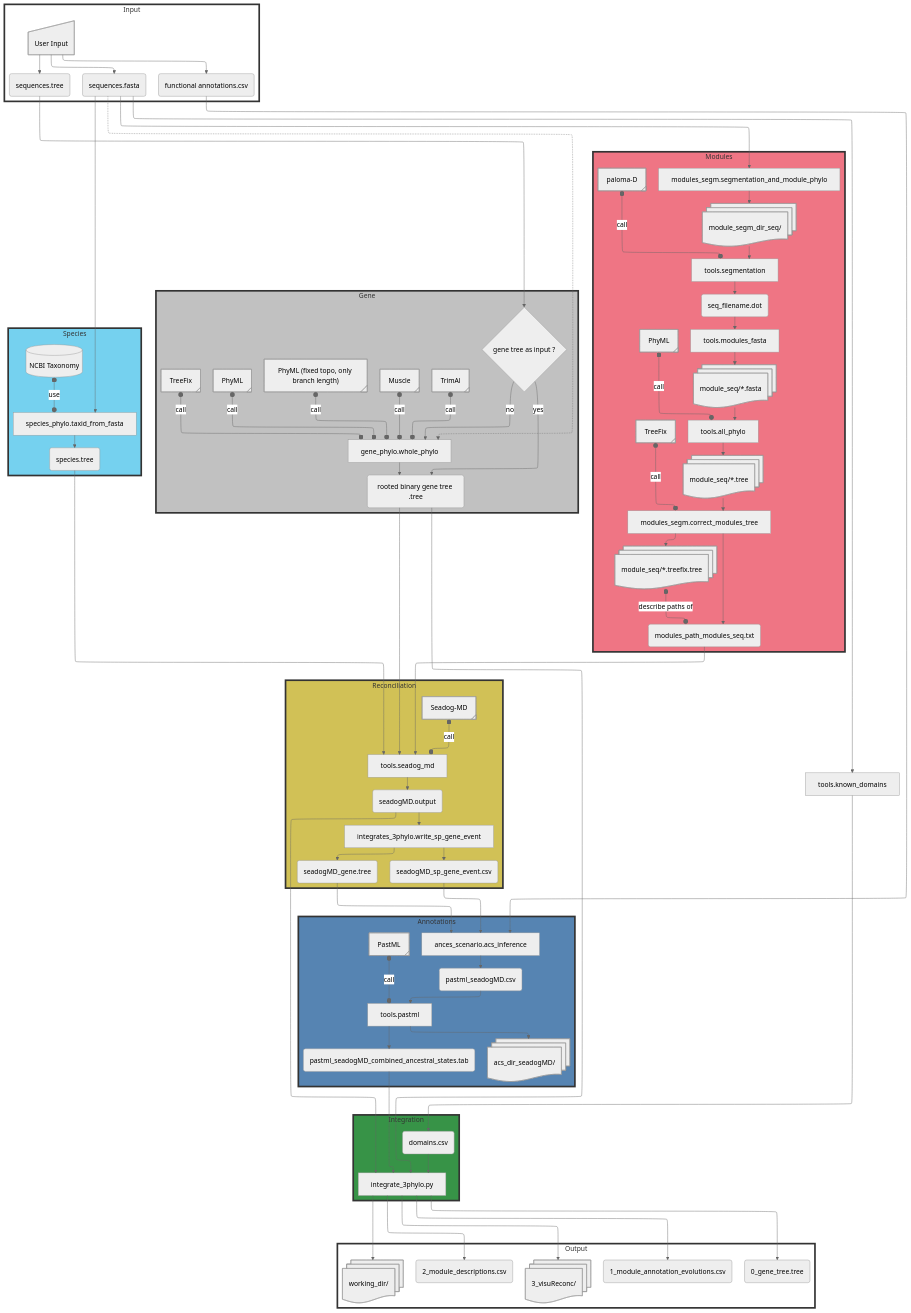
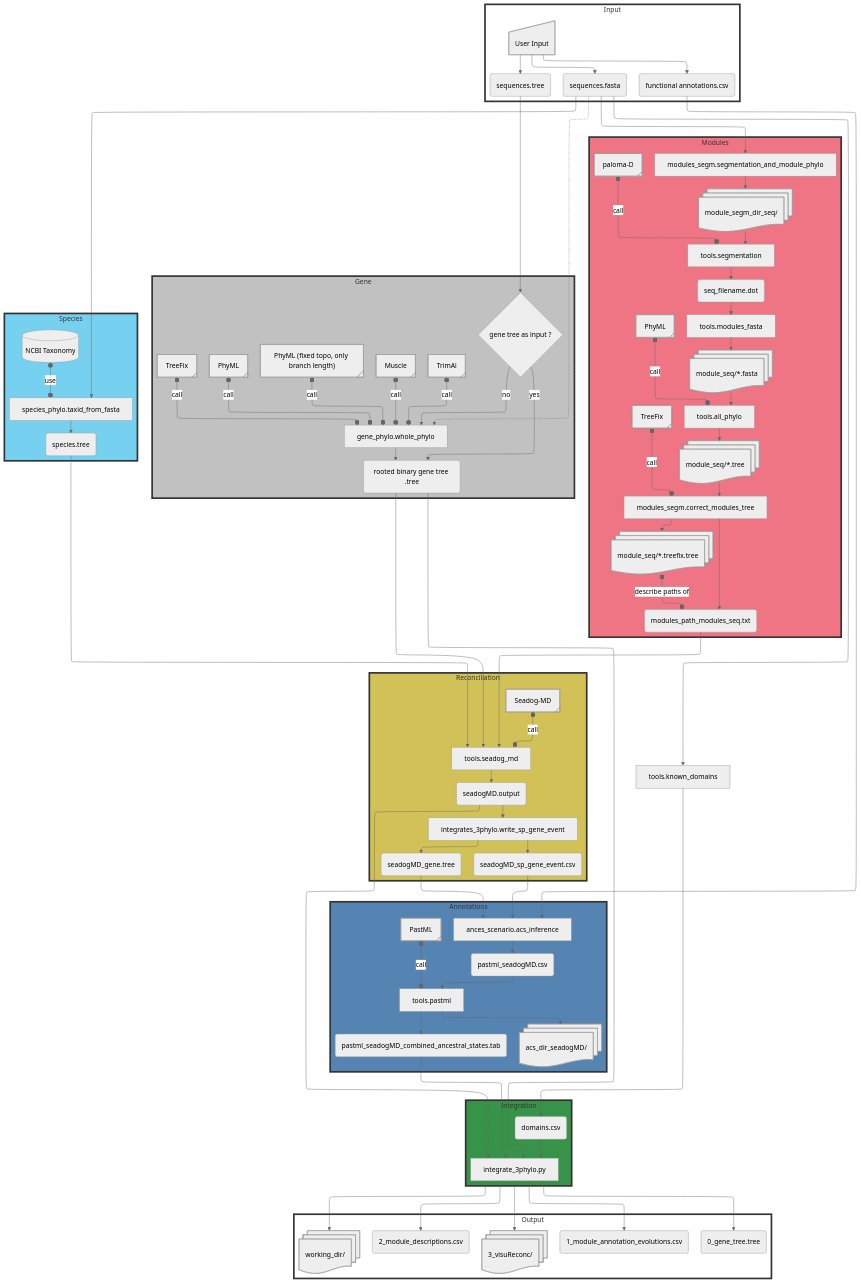
Before and after one commit to OcMalde/fuse-phylotree: the diagram in README.md, drawn with Mermaid.

Commit message:
readme mermaid test

```diff
--- a/README.md
+++ b/README.md
@@ -20,6 +20,8 @@
 ---
 config:
   layout: elk
+  elk:
+    nodePlacementStrategy: LINEAR_SEGMENTS
   look: classic
   theme: neutral
   fontSize: 50
```
